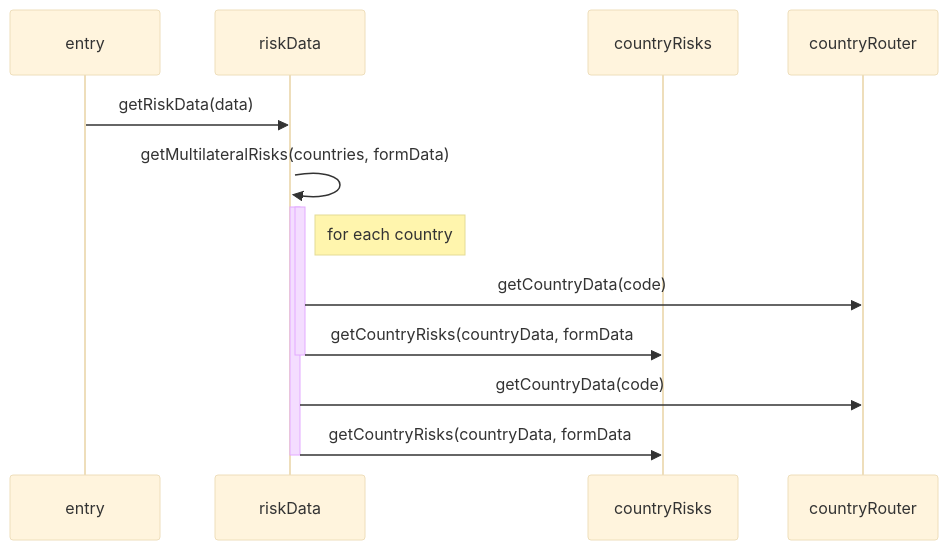
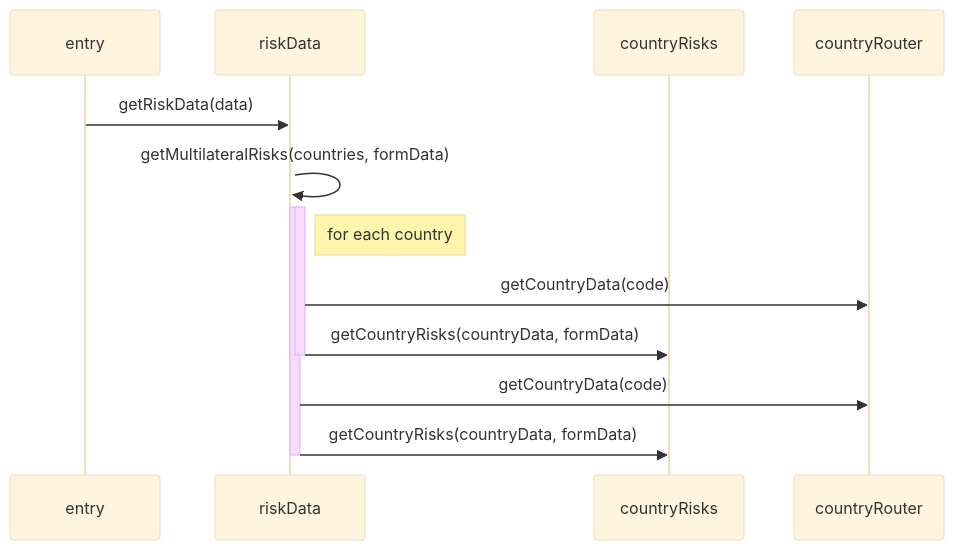
Before and after one commit to mluukkai/poc: the first of 2 diagrams in README.md, drawn with Mermaid (base theme).

Commit message:
Correct formatting of riskData calls in README

````diff
--- a/README.md
+++ b/README.md
@@ -1,19 +1,19 @@
 ```mermaid
 sequenceDiagram
     participant entry
     participant riskData
     participant countryRisks
     participant countryRouter
 
     entry->>riskData: getRiskData(data)
     activate riskData
     riskData ->>+ riskData: getMultilateralRisks(countries, formData)
     activate riskData
     Note right of riskData: for each country
     riskData ->> countryRouter: getCountryData(code)
-    riskData ->> countryRisks: getCountryRisks(countryData, formData
+    riskData ->> countryRisks: getCountryRisks(countryData, formData)
     deactivate riskData
     riskData ->> countryRouter: getCountryData(code)
-    riskData ->> countryRisks: getCountryRisks(countryData, formData
+    riskData ->> countryRisks: getCountryRisks(countryData, formData)
     deactivate riskData
 ```
````
